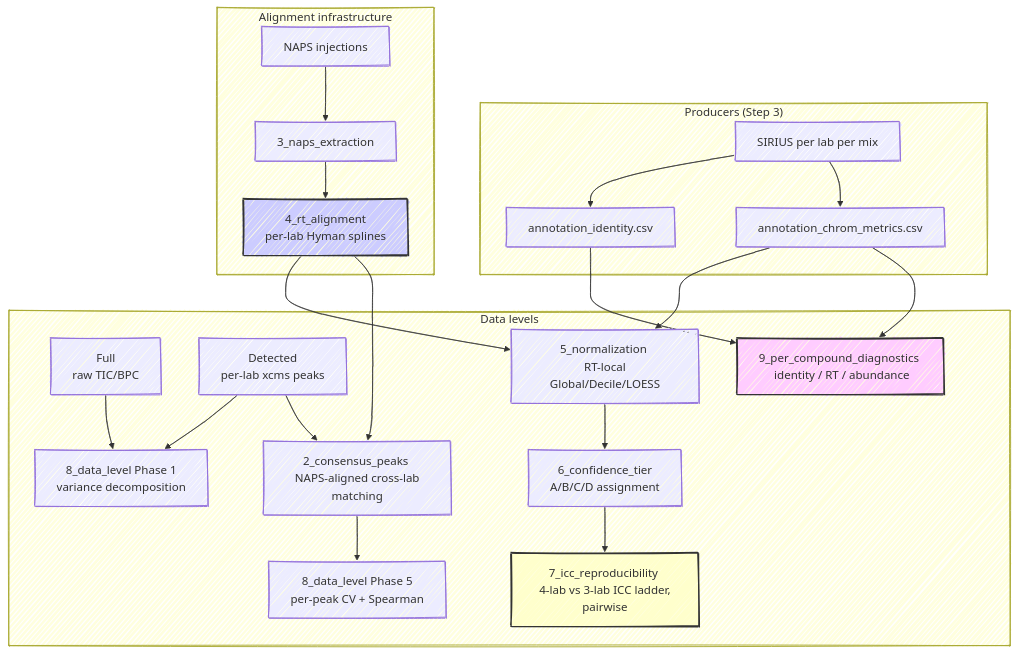
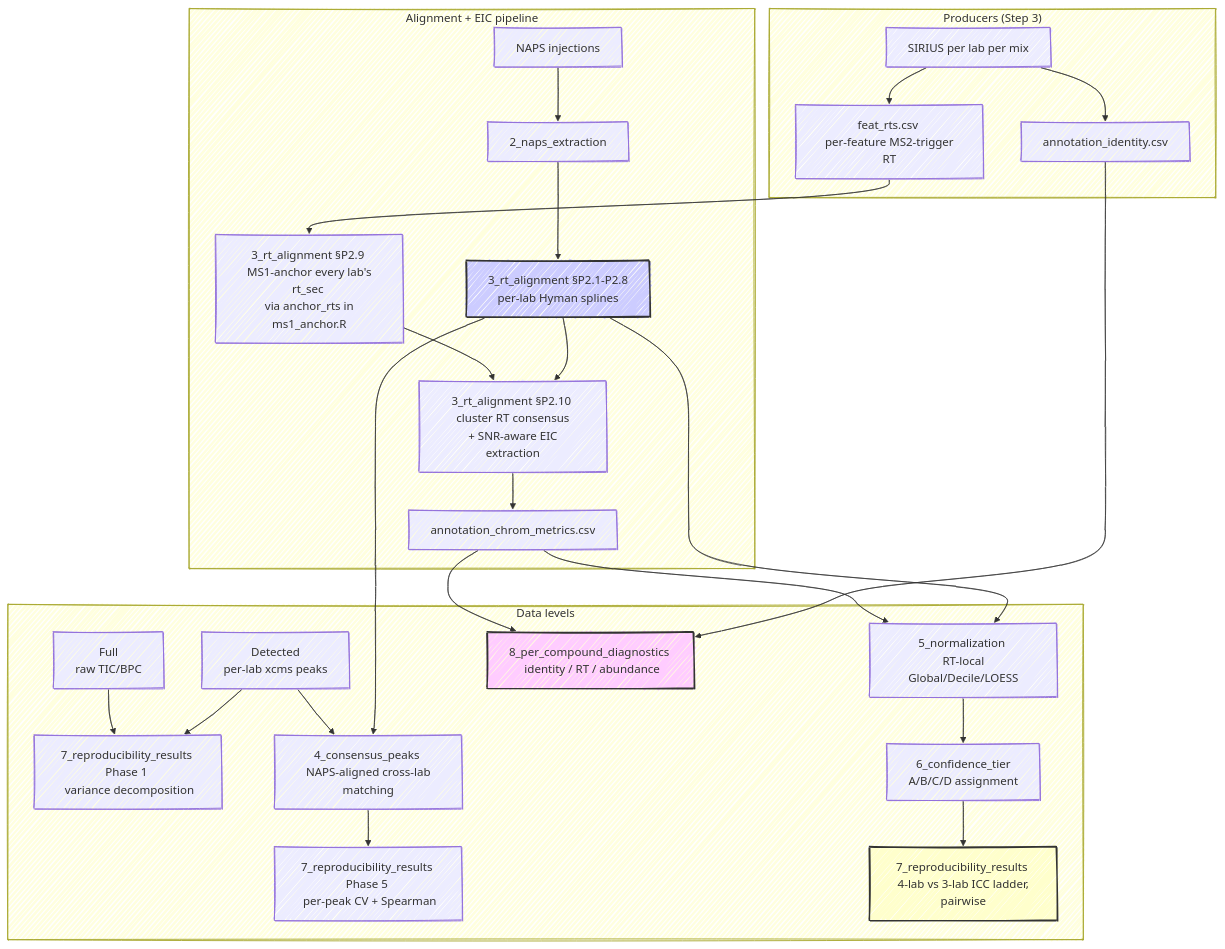
Before and after one commit to amartinezbilesio/HUMAN_Ring_Trial: the second of 2 diagrams in README.md, drawn with Mermaid. The commit also changed other lines of this file and 56 other files, not shown here.

````diff
--- a/README.md
+++ b/README.md
@@ -265,32 +276,36 @@
 ```mermaid
 ---
 config:
   look: handDrawn
 ---
 graph TD
     subgraph "Producers (Step 3)"
         SI[SIRIUS per lab per mix] --> AI[annotation_identity.csv]
-        SI --> AC[annotation_chrom_metrics.csv]
+        SI --> FR[feat_rts.csv <br> per-feature MS2-trigger RT]
     end
-    subgraph "Alignment infrastructure"
-        NAPS[NAPS injections] --> NX[3_naps_extraction]
-        NX --> RT[4_rt_alignment <br> per-lab Hyman splines]
+    subgraph "Alignment + EIC pipeline"
+        NAPS[NAPS injections] --> NX[2_naps_extraction]
+        NX --> RT[3_rt_alignment §P2.1-P2.8 <br> per-lab Hyman splines]
+        FR --> ANC[3_rt_alignment §P2.9 <br> MS1-anchor every lab's rt_sec <br> via anchor_rts in ms1_anchor.R]
+        ANC --> AEP[3_rt_alignment §P2.10 <br> cluster RT consensus <br> + SNR-aware EIC extraction]
+        RT --> AEP
+        AEP --> AC[annotation_chrom_metrics.csv]
     end
     subgraph "Data levels"
-        F[Full <br> raw TIC/BPC] --> P1[8_data_level Phase 1 <br> variance decomposition]
+        F[Full <br> raw TIC/BPC] --> P1[7_reproducibility_results Phase 1 <br> variance decomposition]
         D[Detected <br> per-lab xcms peaks] --> P1
-        D --> CP[2_consensus_peaks <br> NAPS-aligned cross-lab matching]
-        CP --> P5[8_data_level Phase 5 <br> per-peak CV + Spearman]
+        D --> CP[4_consensus_peaks <br> NAPS-aligned cross-lab matching]
+        CP --> P5[7_reproducibility_results Phase 5 <br> per-peak CV + Spearman]
         AC --> NORM[5_normalization <br> RT-local Global/Decile/LOESS]
         NORM --> TIER[6_confidence_tier <br> A/B/C/D assignment]
-        TIER --> ICC[7_icc_reproducibility <br> 4-lab vs 3-lab ICC ladder, pairwise]
-        AC --> PCD[9_per_compound_diagnostics <br> identity / RT / abundance]
+        TIER --> ICC[7_reproducibility_results <br> 4-lab vs 3-lab ICC ladder, pairwise]
+        AC --> PCD[8_per_compound_diagnostics <br> identity / RT / abundance]
         AI --> PCD
     end
     RT --> NORM
     RT --> CP
 
     style RT fill:#ccf,stroke:#333,stroke-width:2px
     style ICC fill:#ffc,stroke:#333,stroke-width:2px
     style PCD fill:#fcf,stroke:#333,stroke-width:2px
 ```
````
